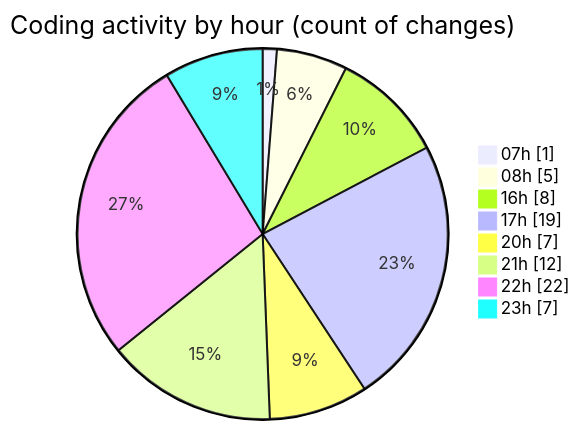
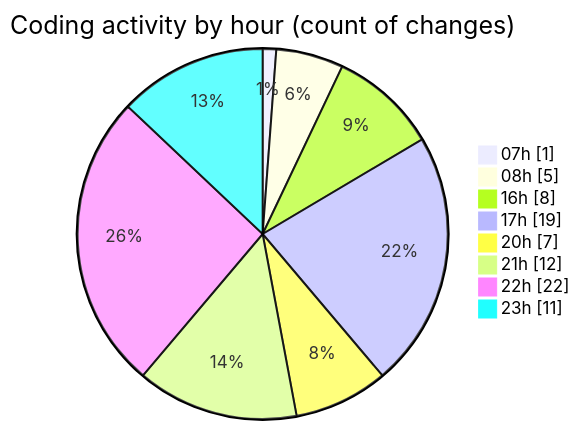
One commit to Elitesun/code-tracking changed the second of 2 diagrams in 2025-02-13/elitegpt/README.md. Above: the diagram before and after it, drawn with Mermaid. The commit also changed other lines of this file and 1 other file, not shown here.

````diff
--- a/2025-02-13/elitegpt/README.md
+++ b/2025-02-13/elitegpt/README.md
@@ -41,12 +41,12 @@
 ```mermaid
 pie showData
 title Coding activity by hour (count of changes)
 "07h" : 1
 "08h" : 5
 "16h" : 8
 "17h" : 19
 "20h" : 7
 "21h" : 12
 "22h" : 22
-"23h" : 7
+"23h" : 11
 ```
````
